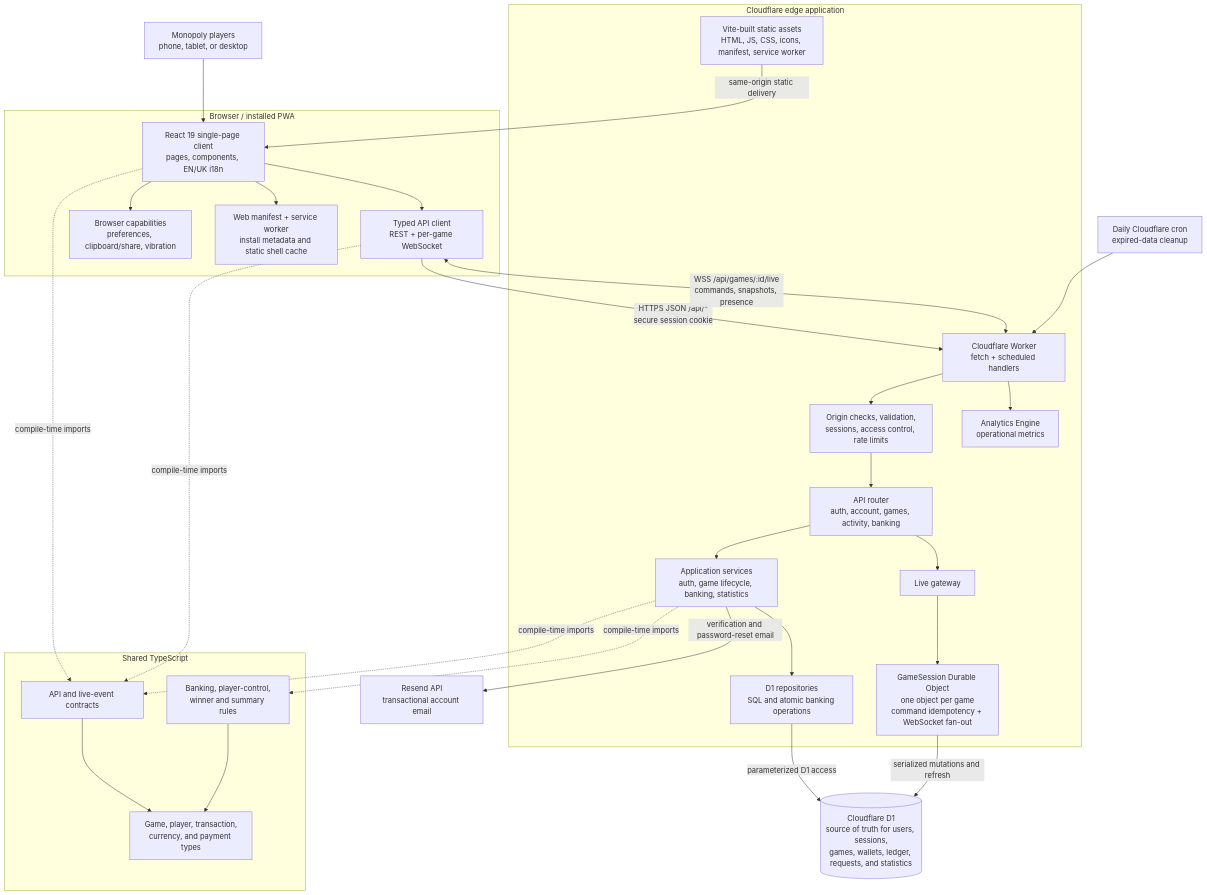
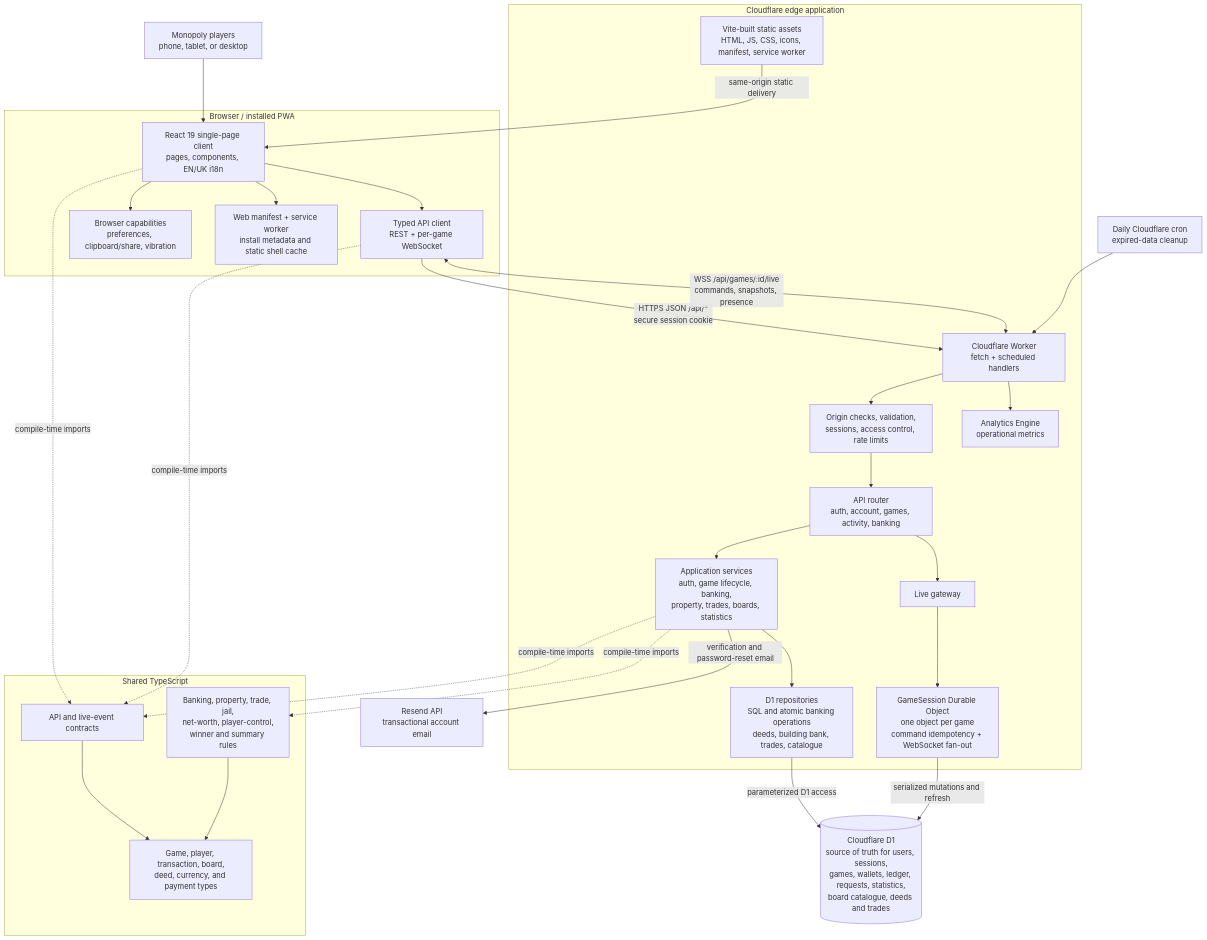
The diagram in README.md (Serygs/monopoly-bank), drawn with Mermaid before and after one commit. The commit also changed other lines of this file and 4 other files, not shown here.

Commit message:
docs: describe the board and property boundary, the local browser layer and the property threat model

````diff
--- a/README.md
+++ b/README.md
@@ -9,56 +9,56 @@
 ```mermaid
 flowchart TB
   Person["Monopoly players<br/>phone, tablet, or desktop"]
 
   subgraph Browser["Browser / installed PWA"]
     UI["React 19 single-page client<br/>pages, components, EN/UK i18n"]
     ApiClient["Typed API client<br/>REST + per-game WebSocket"]
     BrowserState["Browser capabilities<br/>preferences, clipboard/share, vibration"]
     PWA["Web manifest + service worker<br/>install metadata and static shell cache"]
     UI --> ApiClient
     UI --> BrowserState
     UI --> PWA
   end
 
   subgraph Shared["Shared TypeScript"]
     Contracts["API and live-event contracts"]
-    Domain["Banking, player-control,<br/>winner and summary rules"]
-    Types["Game, player, transaction,<br/>currency, and payment types"]
+    Domain["Banking, property, trade, jail,<br/>net-worth, player-control,<br/>winner and summary rules"]
+    Types["Game, player, transaction, board,<br/>deed, currency, and payment types"]
   end
 
   subgraph Cloudflare["Cloudflare edge application"]
     Assets["Vite-built static assets<br/>HTML, JS, CSS, icons, manifest, service worker"]
     Worker["Cloudflare Worker<br/>fetch + scheduled handlers"]
     Security["Origin checks, validation,<br/>sessions, access control, rate limits"]
     Router["API router<br/>auth, account, games, activity, banking"]
-    Services["Application services<br/>auth, game lifecycle, banking, statistics"]
-    Repositories["D1 repositories<br/>SQL and atomic banking operations"]
+    Services["Application services<br/>auth, game lifecycle, banking,<br/>property, trades, boards, statistics"]
+    Repositories["D1 repositories<br/>SQL and atomic banking operations<br/>deeds, building bank, trades, catalogue"]
     LiveGateway["Live gateway"]
     GameSession["GameSession Durable Object<br/>one object per game<br/>command idempotency + WebSocket fan-out"]
     Metrics["Analytics Engine<br/>operational metrics"]
 
     Worker --> Security --> Router
     Router --> Services --> Repositories
     Router --> LiveGateway --> GameSession
     Worker --> Metrics
   end
 
-  D1[("Cloudflare D1<br/>source of truth for users, sessions,<br/>games, wallets, ledger, requests, and statistics")]
+  D1[("Cloudflare D1<br/>source of truth for users, sessions,<br/>games, wallets, ledger, requests, statistics,<br/>board catalogue, deeds and trades")]
   Email["Resend API<br/>transactional account email"]
   Cron["Daily Cloudflare cron<br/>expired-data cleanup"]
 
   Person --> UI
   Assets -->|"same-origin static delivery"| UI
   ApiClient -->|"HTTPS JSON /api/*<br/>secure session cookie"| Worker
   ApiClient <-->|"WSS /api/games/:id/live<br/>commands, snapshots, presence"| Worker
   UI -. "compile-time imports" .-> Contracts
   ApiClient -. "compile-time imports" .-> Contracts
   Services -. "compile-time imports" .-> Domain
   Services -. "compile-time imports" .-> Contracts
   Contracts --> Types
   Domain --> Types
   Repositories -->|"parameterized D1 access"| D1
   GameSession -->|"serialized mutations and refresh"| D1
   Services -->|"verification and password-reset email"| Email
   Cron --> Worker
 ```
````
